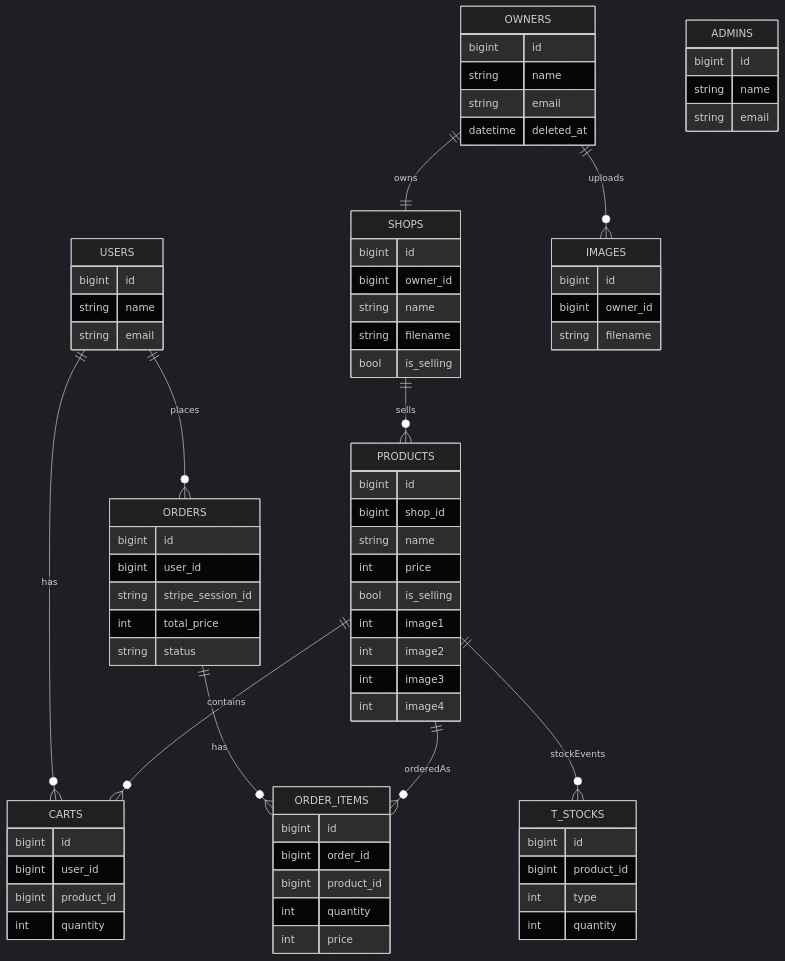
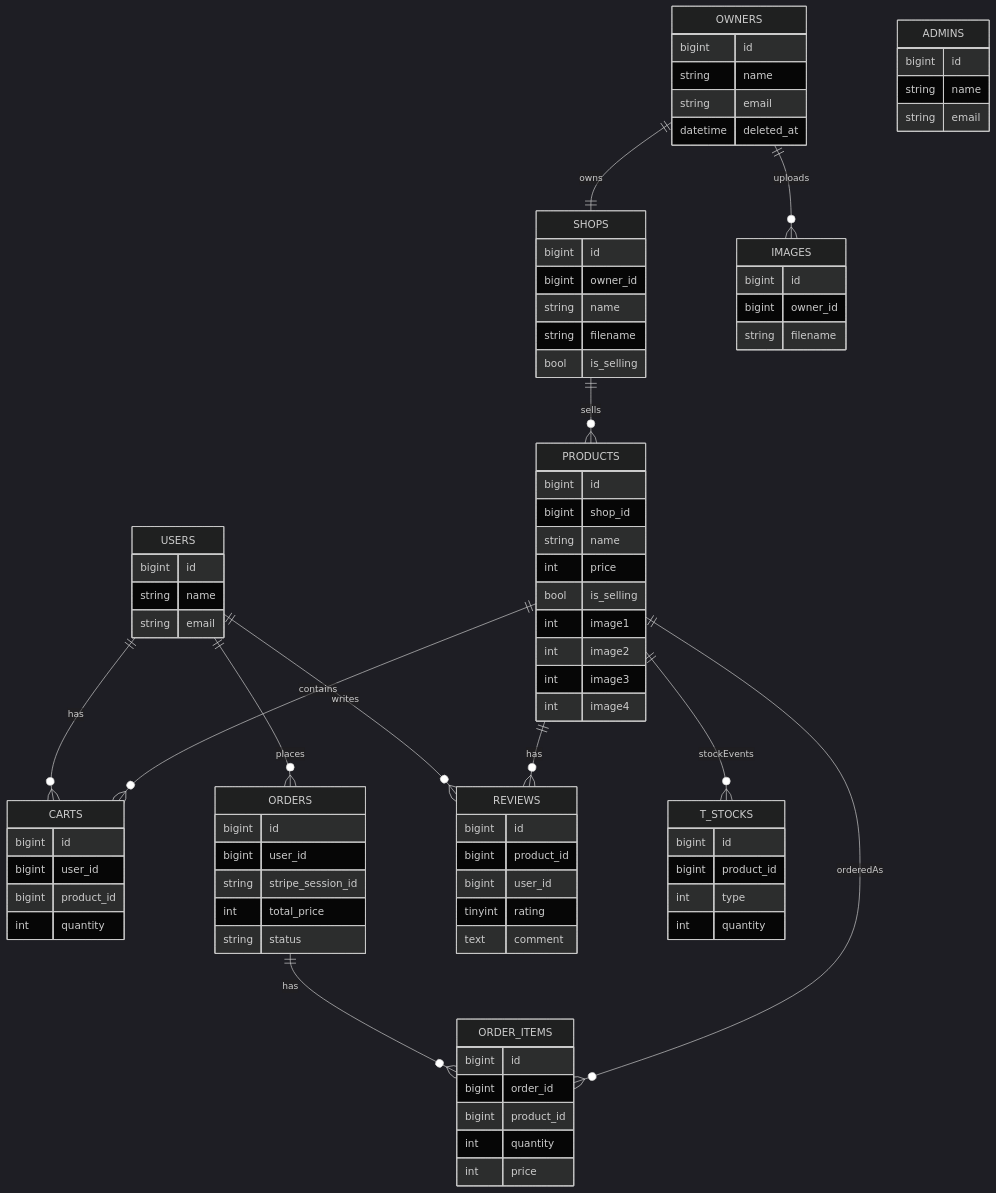
Before and after one commit to Hirotake-Shiraishi/laravel_umarche: the first of 2 diagrams in README.md, drawn with Mermaid (dark theme). The commit also changed other lines of this file, not shown here.

````diff
--- a/README.md
+++ b/README.md
@@ -122,9 +130,11 @@
 erDiagram
   USERS ||--o{ CARTS : has
   USERS ||--o{ ORDERS : places
+  USERS ||--o{ REVIEWS : writes
   ORDERS ||--o{ ORDER_ITEMS : has
   PRODUCTS ||--o{ CARTS : contains
   PRODUCTS ||--o{ ORDER_ITEMS : orderedAs
+  PRODUCTS ||--o{ REVIEWS : has
   OWNERS ||--|| SHOPS : owns
   SHOPS ||--o{ PRODUCTS : sells
   OWNERS ||--o{ IMAGES : uploads
@@ -195,4 +205,11 @@
     int quantity
     int price
   }
+  REVIEWS {
+    bigint id
+    bigint product_id
+    bigint user_id
+    tinyint rating
+    text comment
+  }
 ```
````
